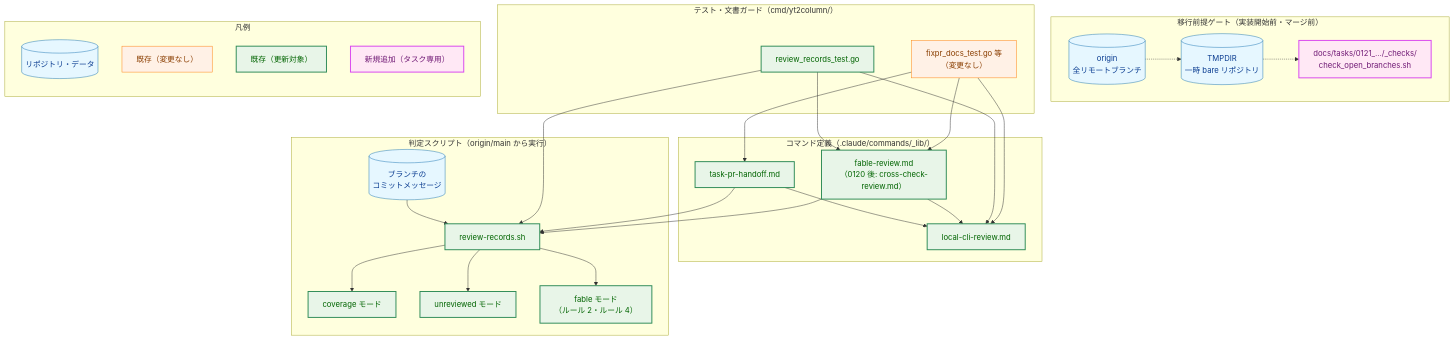
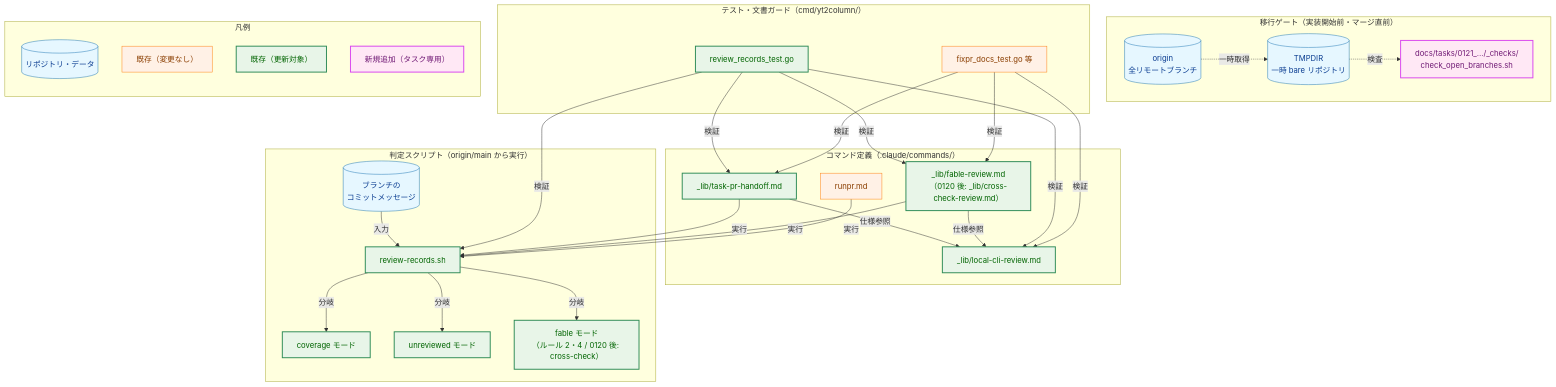
Before and after one commit to isseis/yt2column: the second of 7 diagrams in docs/tasks/0121_retire_legacy_review_records/02_architecture.md, drawn with Mermaid. The commit also changed other lines of this file, not shown here.

Commit message:
docs(0121): refine architecture from panel review and prose pass

````diff
--- a/docs/tasks/0121_retire_legacy_review_records/02_architecture.md
+++ b/docs/tasks/0121_retire_legacy_review_records/02_architecture.md
@@ -120,57 +121,60 @@
 ```mermaid
 flowchart TD
     classDef data fill:#e6f7ff,stroke:#1f77b4,stroke-width:1px,color:#0b3d91;
     classDef process fill:#fff1e6,stroke:#ff7f0e,stroke-width:1px,color:#8a3e00;
     classDef enhanced fill:#e8f5e8,stroke:#2e8b57,stroke-width:2px,color:#006400;
     classDef newpkg fill:#ffe8f5,stroke:#d946ef,stroke-width:2px,color:#701a75;
 
-    subgraph gateLayer["移行前提ゲート（実装開始前・マージ前）"]
+    subgraph gateLayer["移行ゲート（実装開始前・マージ直前）"]
         originHeads[("origin<br>全リモートブランチ")]:::data
         tempBare[("TMPDIR<br>一時 bare リポジトリ")]:::data
         checkSh["docs/tasks/0121_.../_checks/<br>check_open_branches.sh"]:::newpkg
     end
 
-    subgraph docLayer["コマンド定義（.claude/commands/_lib/）"]
-        lcr["local-cli-review.md"]:::enhanced
-        tph["task-pr-handoff.md"]:::enhanced
-        fbl["fable-review.md<br>（0120 後: cross-check-review.md）"]:::enhanced
+    subgraph docLayer["コマンド定義（.claude/commands/）"]
+        lcr["_lib/local-cli-review.md"]:::enhanced
+        tph["_lib/task-pr-handoff.md"]:::enhanced
+        fbl["_lib/fable-review.md<br>（0120 後: _lib/cross-check-review.md）"]:::enhanced
+        runprDoc["runpr.md"]:::process
     end
 
     subgraph scriptLayer["判定スクリプト（origin/main から実行）"]
         rrSh["review-records.sh"]:::enhanced
         mCov["coverage モード"]:::enhanced
         mUnrev["unreviewed モード"]:::enhanced
-        mFable["fable モード<br>（ルール 2・ルール 4）"]:::enhanced
+        mFable["fable モード<br>（ルール 2・4 / 0120 後: cross-check）"]:::enhanced
         commits[("ブランチの<br>コミットメッセージ")]:::data
     end
 
     subgraph testLayer["テスト・文書ガード（cmd/yt2column/）"]
         rrTest["review_records_test.go"]:::enhanced
-        docGuards["fixpr_docs_test.go 等<br>（変更なし）"]:::process
+        docGuards["fixpr_docs_test.go 等"]:::process
     end
 
-    originHeads -.-> tempBare
-    tempBare -.-> checkSh
-    tph --> lcr
-    fbl --> lcr
-    tph --> rrSh
-    fbl --> rrSh
-    commits --> rrSh
-    rrSh --> mCov
-    rrSh --> mUnrev
-    rrSh --> mFable
-    rrTest --> rrSh
-    rrTest --> lcr
-    rrTest --> fbl
-    docGuards --> lcr
-    docGuards --> tph
-    docGuards --> fbl
+    originHeads -.->|"一時取得"| tempBare
+    tempBare -.->|"検査"| checkSh
+    tph -->|"仕様参照"| lcr
+    fbl -->|"仕様参照"| lcr
+    tph -->|"実行"| rrSh
+    fbl -->|"実行"| rrSh
+    runprDoc -->|"実行"| rrSh
+    commits -->|"入力"| rrSh
+    rrSh -->|"分岐"| mCov
+    rrSh -->|"分岐"| mUnrev
+    rrSh -->|"分岐"| mFable
+    rrTest -->|"検証"| rrSh
+    rrTest -->|"検証"| lcr
+    rrTest -->|"検証"| tph
+    rrTest -->|"検証"| fbl
+    docGuards -->|"検証"| lcr
+    docGuards -->|"検証"| tph
+    docGuards -->|"検証"| fbl
 
     subgraph legend["凡例"]
         direction TB
         lg1[("リポジトリ・データ")]:::data
         lg2["既存（変更なし）"]:::process
         lg3["既存（更新対象）"]:::enhanced
         lg4["新規追加（タスク専用）"]:::newpkg
     end
 ```
````
